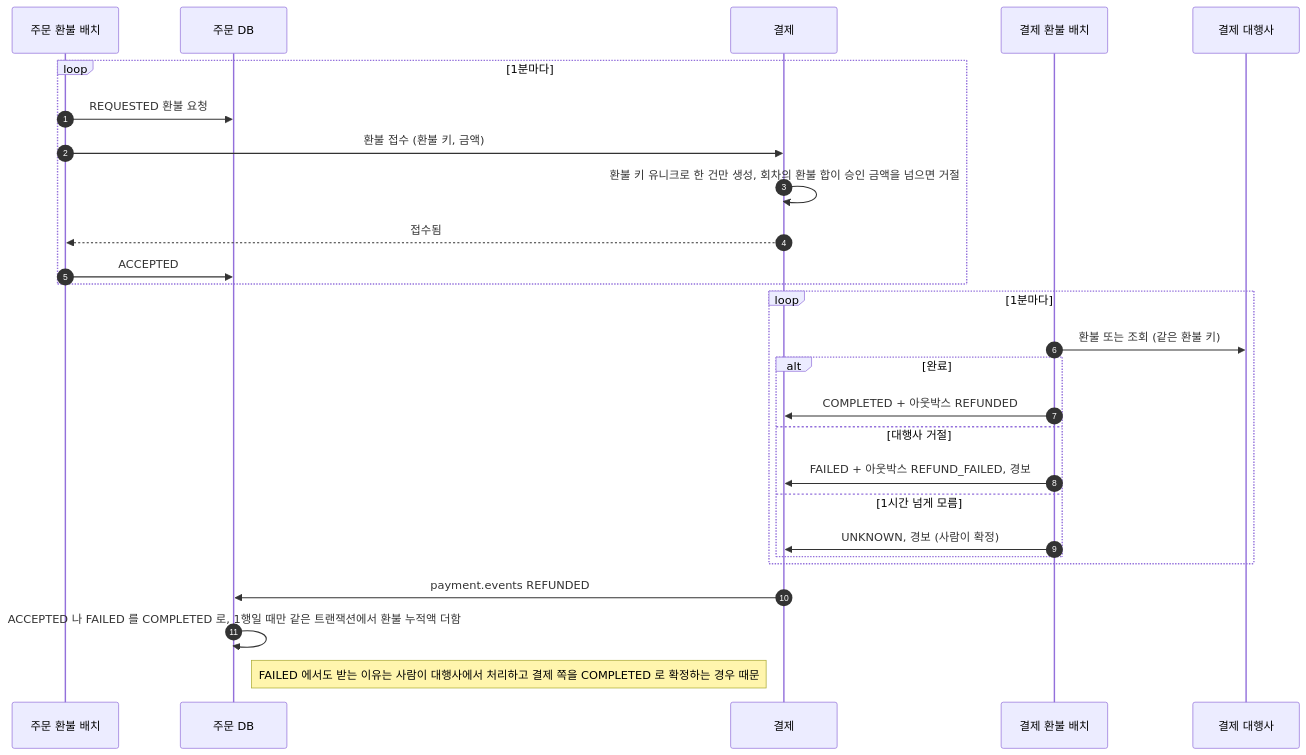
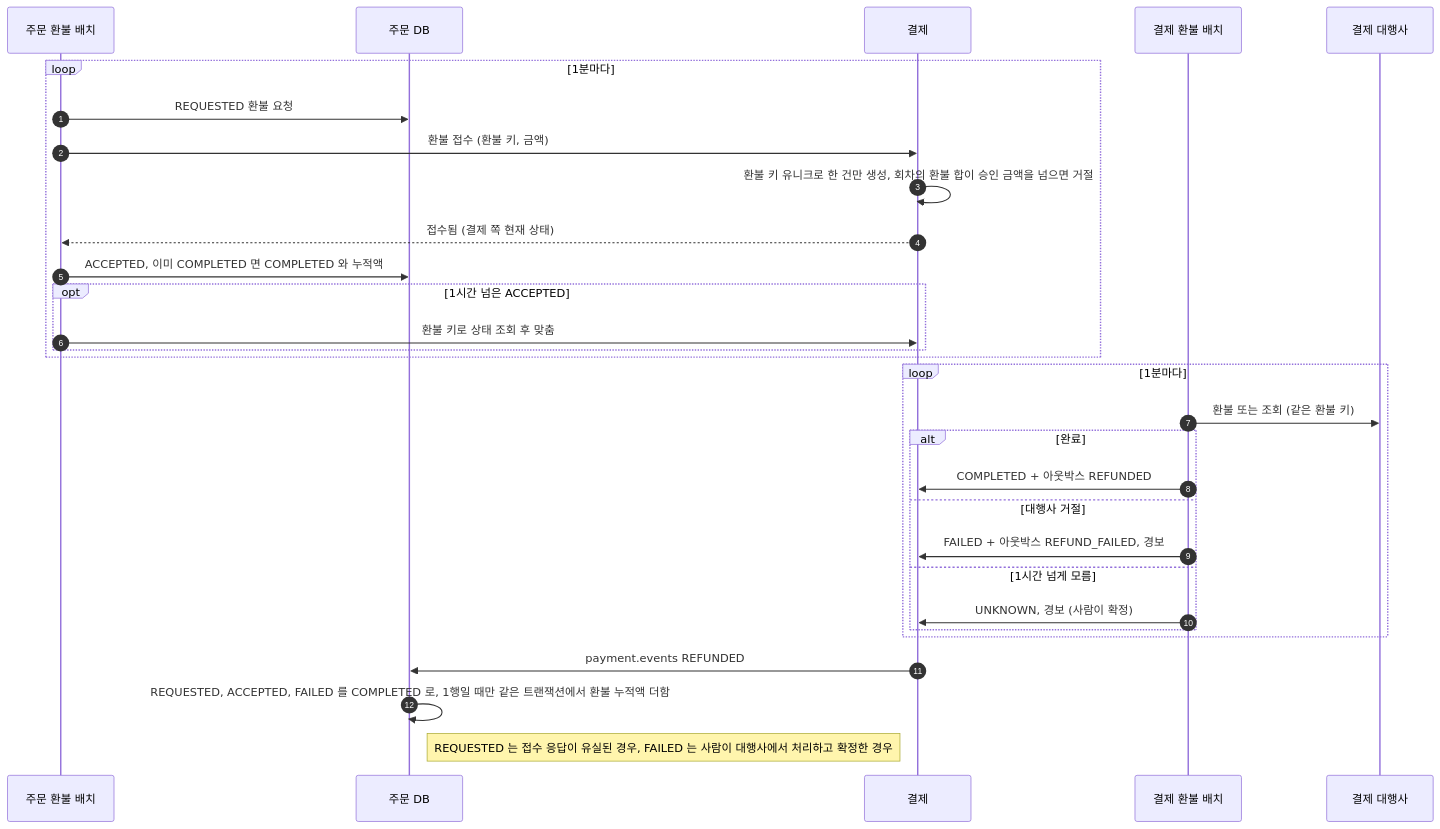
The second of 4 diagrams in docs/sequence/04-취소와-환불.md (Bamdule/dawn-delivery-commerce), drawn with Mermaid before and after one commit. The commit also changed 12 other files, not shown here.

````diff
--- a/docs/sequence/04-취소와-환불.md
+++ b/docs/sequence/04-취소와-환불.md
@@ -45,32 +45,35 @@
 ```mermaid
 sequenceDiagram
     autonumber
     participant 주문배치 as 주문 환불 배치
     participant 주문 as 주문 DB
     participant 결제
     participant 결제배치 as 결제 환불 배치
     participant 대행사 as 결제 대행사
 
     loop 1분마다
         주문배치->>주문: REQUESTED 환불 요청
         주문배치->>결제: 환불 접수 (환불 키, 금액)
         결제->>결제: 환불 키 유니크로 한 건만 생성, 회차의 환불 합이 승인 금액을 넘으면 거절
-        결제-->>주문배치: 접수됨
-        주문배치->>주문: ACCEPTED
+        결제-->>주문배치: 접수됨 (결제 쪽 현재 상태)
+        주문배치->>주문: ACCEPTED, 이미 COMPLETED 면 COMPLETED 와 누적액
+        opt 1시간 넘은 ACCEPTED
+            주문배치->>결제: 환불 키로 상태 조회 후 맞춤
+        end
     end
 
     loop 1분마다
         결제배치->>대행사: 환불 또는 조회 (같은 환불 키)
         alt 완료
             결제배치->>결제: COMPLETED + 아웃박스 REFUNDED
         else 대행사 거절
             결제배치->>결제: FAILED + 아웃박스 REFUND_FAILED, 경보
         else 1시간 넘게 모름
             결제배치->>결제: UNKNOWN, 경보 (사람이 확정)
         end
     end
 
     결제->>주문: payment.events REFUNDED
-    주문->>주문: ACCEPTED 나 FAILED 를 COMPLETED 로, 1행일 때만 같은 트랜잭션에서 환불 누적액 더함
-    Note right of 주문: FAILED 에서도 받는 이유는 사람이 대행사에서 처리하고 결제 쪽을 COMPLETED 로 확정하는 경우 때문
+    주문->>주문: REQUESTED, ACCEPTED, FAILED 를 COMPLETED 로, 1행일 때만 같은 트랜잭션에서 환불 누적액 더함
+    Note right of 주문: REQUESTED 는 접수 응답이 유실된 경우, FAILED 는 사람이 대행사에서 처리하고 확정한 경우
 ```
````
